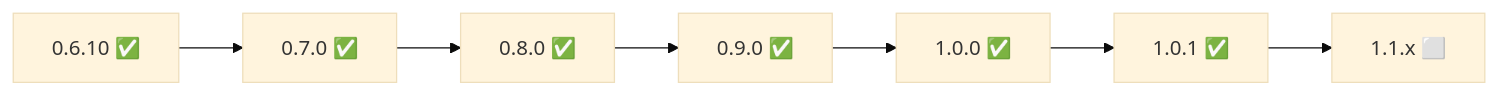
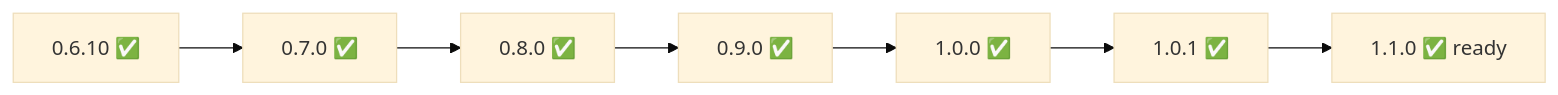
One commit to hrodrig/pgwd changed the diagram in ROADMAP.md. Above: the diagram before and after it, drawn with Mermaid (base theme). The commit also changed other lines of this file and 9 other files, not shown here.

````diff
--- a/ROADMAP.md
+++ b/ROADMAP.md
@@ -19,9 +19,9 @@
 ```mermaid
 flowchart LR
   A["0.6.10 ✅"] --> B["0.7.0 ✅"]
   B --> C["0.8.0 ✅"]
   C --> D["0.9.0 ✅"]
   D --> E["1.0.0 ✅"]
   E --> F["1.0.1 ✅"]
-  F --> G["1.1.x ⬜"]
+  F --> G["1.1.0 ✅ ready"]
 ```
````
